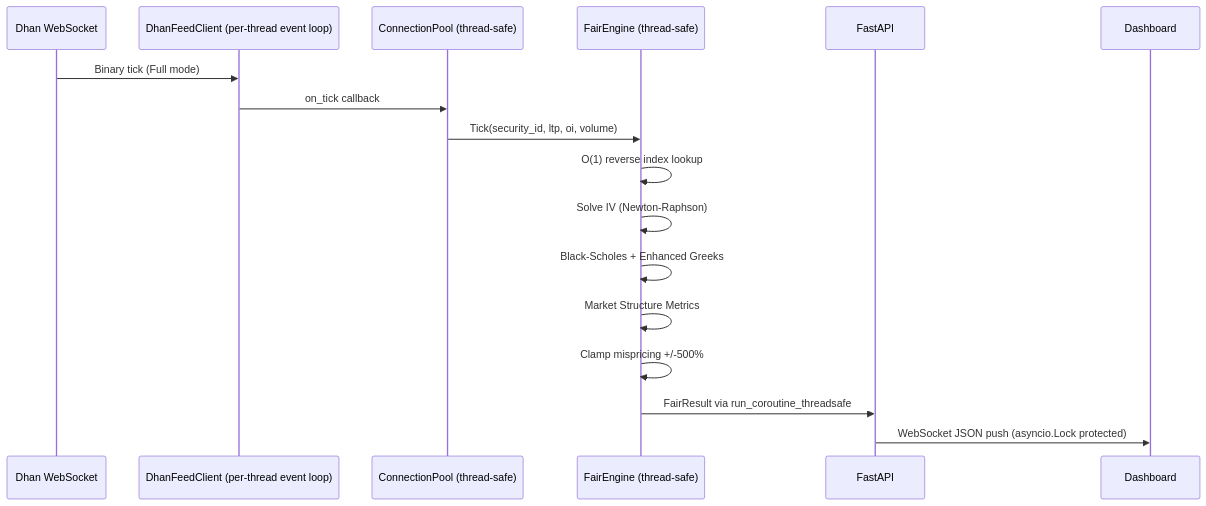
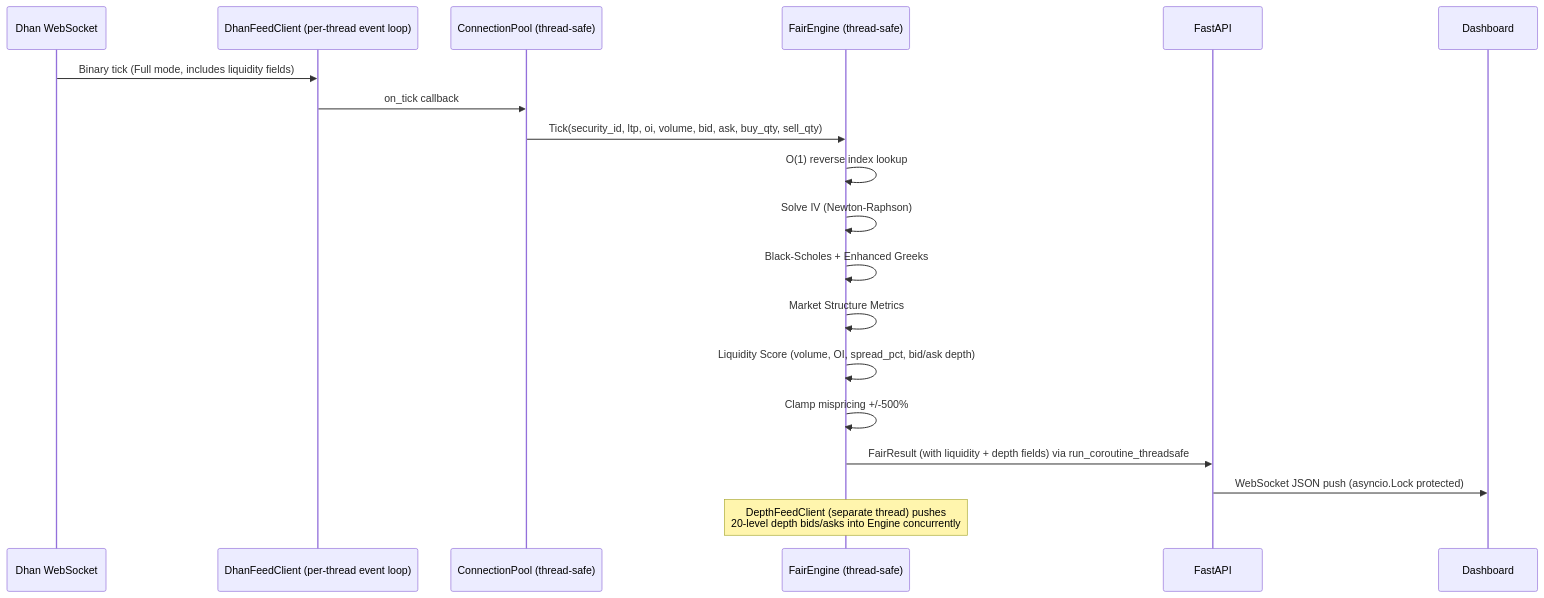
Before and after one commit to vakharwalad23/fair-value-engine: the second of 7 diagrams in docs/architecture.md, drawn with Mermaid. The commit also changed other lines of this file and 3 other files, not shown here.

Commit message:
docs: update all docs for liquidity, depth, option chain, market hours features

````diff
--- a/docs/architecture.md
+++ b/docs/architecture.md
@@ -42,20 +58,23 @@
 ```mermaid
 sequenceDiagram
     participant Dhan as Dhan WebSocket
     participant Feed as DhanFeedClient (per-thread event loop)
     participant Pool as ConnectionPool (thread-safe)
     participant Engine as FairEngine (thread-safe)
     participant API as FastAPI
     participant UI as Dashboard
 
-    Dhan->>Feed: Binary tick (Full mode)
+    Dhan->>Feed: Binary tick (Full mode, includes liquidity fields)
     Feed->>Pool: on_tick callback
-    Pool->>Engine: Tick(security_id, ltp, oi, volume)
+    Pool->>Engine: Tick(security_id, ltp, oi, volume, bid, ask, buy_qty, sell_qty)
     Engine->>Engine: O(1) reverse index lookup
     Engine->>Engine: Solve IV (Newton-Raphson)
     Engine->>Engine: Black-Scholes + Enhanced Greeks
     Engine->>Engine: Market Structure Metrics
+    Engine->>Engine: Liquidity Score (volume, OI, spread_pct, bid/ask depth)
     Engine->>Engine: Clamp mispricing +/-500%
-    Engine->>API: FairResult via run_coroutine_threadsafe
+    Engine->>API: FairResult (with liquidity + depth fields) via run_coroutine_threadsafe
     API->>UI: WebSocket JSON push (asyncio.Lock protected)
+
+    Note over Engine: DepthFeedClient (separate thread) pushes<br/>20-level depth bids/asks into Engine concurrently
 ```
````
